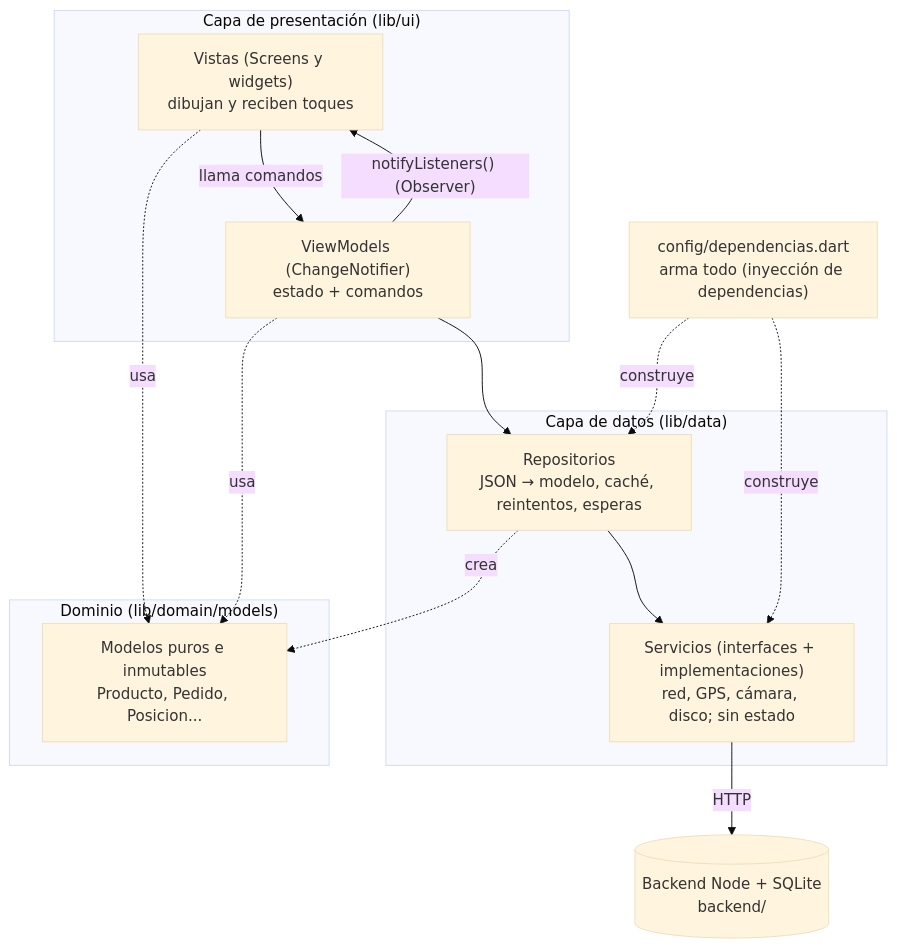
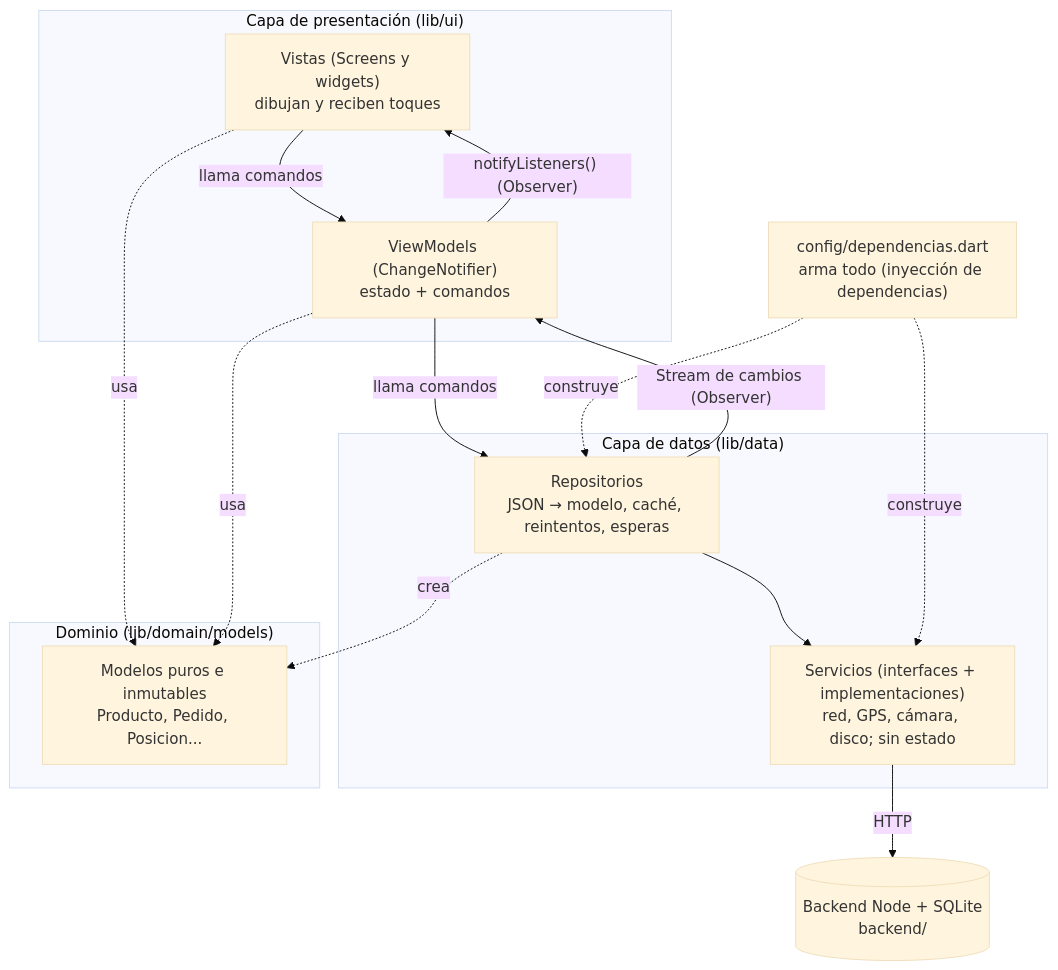
Before and after one commit to ZogeGBR/ProgAppCelu: the first of 6 diagrams in docs/ARQUITECTURA.md, drawn with Mermaid (base theme). The commit also changed other lines of this file and 65 other files, not shown here.

````diff
--- a/docs/ARQUITECTURA.md
+++ b/docs/ARQUITECTURA.md
@@ -9,27 +9,28 @@
 ```mermaid
 flowchart TB
     subgraph UI["Capa de presentación (lib/ui)"]
         V["Vistas (Screens y widgets)<br/>dibujan y reciben toques"]
         VM["ViewModels (ChangeNotifier)<br/>estado + comandos"]
     end
     subgraph DATA["Capa de datos (lib/data)"]
         R["Repositorios<br/>JSON → modelo, caché, reintentos, esperas"]
         S["Servicios (interfaces + implementaciones)<br/>red, GPS, cámara, disco; sin estado"]
     end
     subgraph DOM["Dominio (lib/domain/models)"]
         M["Modelos puros e inmutables<br/>Producto, Pedido, Posicion..."]
     end
     CFG["config/dependencias.dart<br/>arma todo (inyección de dependencias)"]
     BE[("Backend Node + SQLite<br/>backend/")]
 
     V -- "llama comandos" --> VM
     VM -- "notifyListeners() (Observer)" --> V
-    VM --> R
+    VM -- "llama comandos" --> R
+    R -- "Stream de cambios (Observer)" --> VM
     R --> S
     S -- "HTTP" --> BE
     V -.usa.-> M
     VM -.usa.-> M
     R -.crea.-> M
     CFG -.construye.-> R
     CFG -.construye.-> S
 ```
````
